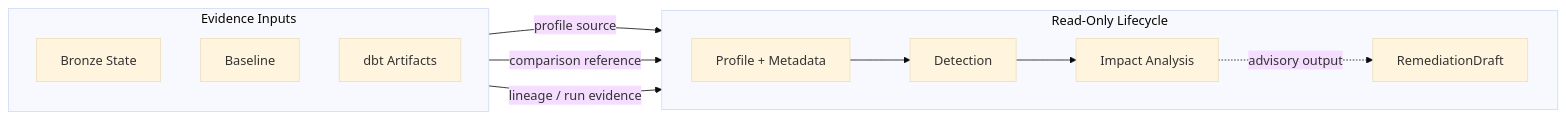
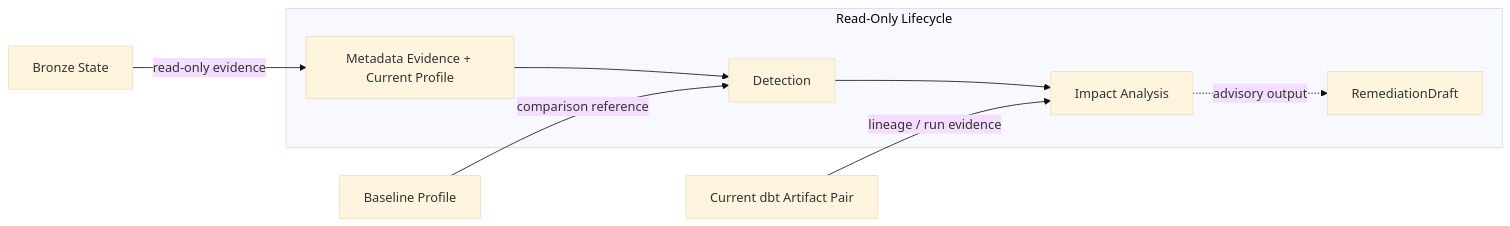
One commit to mols3131d/hmda-data-reliability changed the first of 2 diagrams in docs/domains/reliability.md. Above: the diagram before and after it, drawn with Mermaid (base theme). The commit also changed other lines of this file, not shown here.

Commit message:
docs: refine reliability Mermaid recovery path

````diff
--- a/docs/domains/reliability.md
+++ b/docs/domains/reliability.md
@@ -21,19 +21,15 @@
 ```mermaid
 flowchart LR
-    subgraph inputs["Evidence Inputs"]
-        direction TB
-        raw["Bronze State"]
-        baseline["Baseline"]
-        artifacts["dbt Artifacts"]
-    end
+    raw["Bronze State"]
+    baseline["Baseline Profile"]
+    artifacts["Current dbt Artifact Pair"]
 
-    subgraph lifecycle["Read-Only Lifecycle"]
-        direction LR
-        profile["Profile + Metadata"] --> detection["Detection"] --> impact["Impact Analysis"]
+    subgraph lifecycle ["Read-Only Lifecycle"]
+        evidence["Metadata Evidence + Current Profile"] --> detection["Detection"] --> impact["Impact Analysis"]
         impact -.->|advisory output| draft["RemediationDraft"]
     end
 
-    raw -->|profile source| profile
+    raw -->|read-only evidence| evidence
     baseline -->|comparison reference| detection
     artifacts -->|lineage / run evidence| impact
 ```
````
